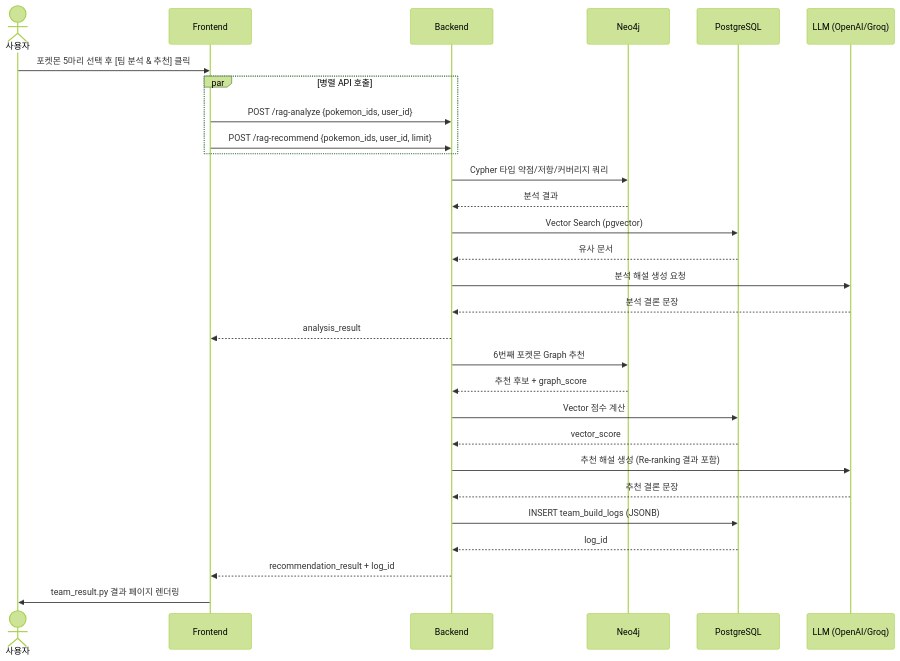
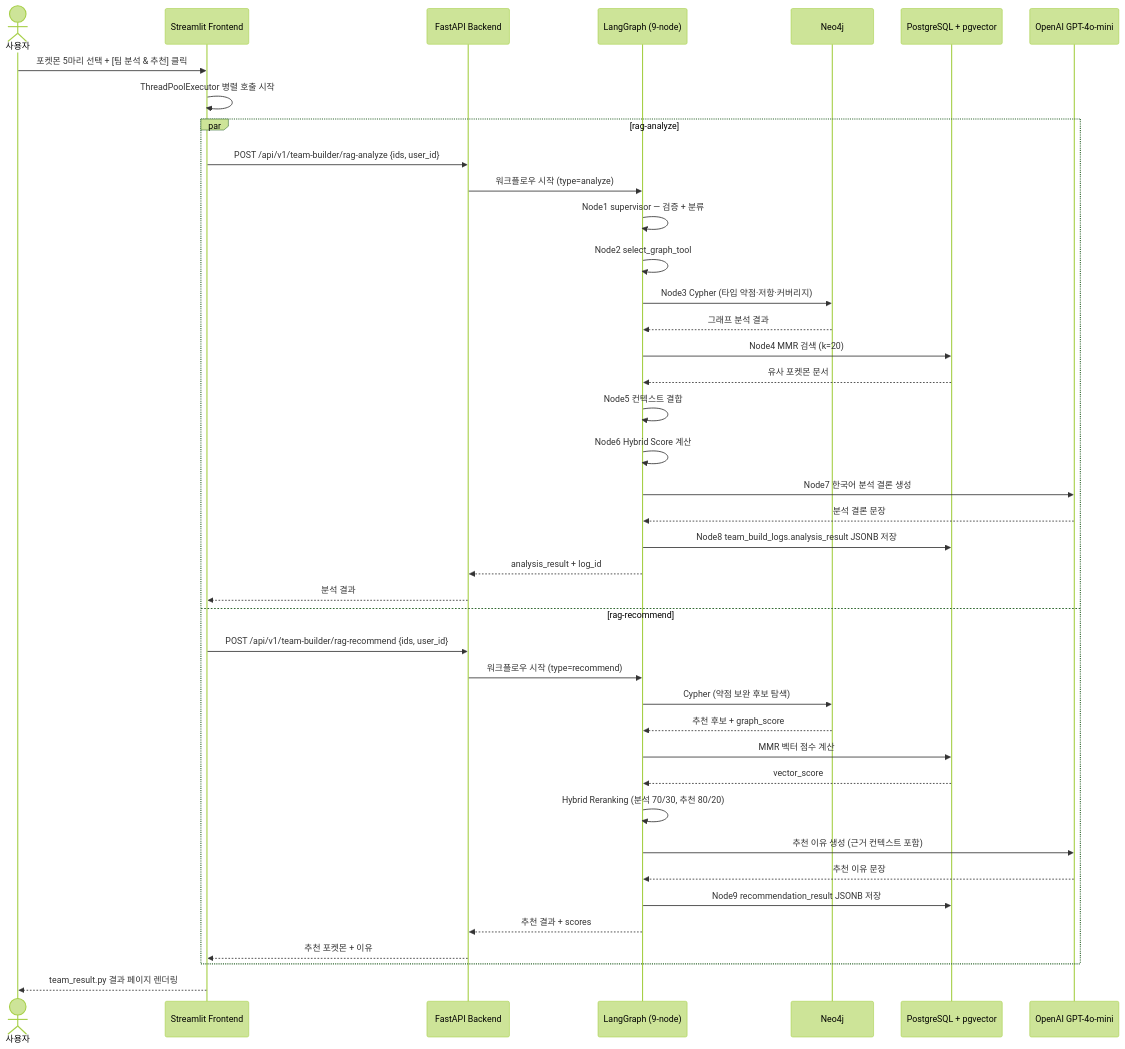
One commit to SKNETWORKS-FAMILY-AICAMP/SKN27-3rd-3TEAM changed the fifth of 7 diagrams in wiki/AI-Pipeline.md. Above: the diagram before and after it, drawn with Mermaid (forest theme). The commit also changed other lines of this file and 13 other files, not shown here.

````diff
--- a/wiki/AI-Pipeline.md
+++ b/wiki/AI-Pipeline.md
@@ -108,36 +310,46 @@
 ```mermaid
 sequenceDiagram
-    actor User as 사용자
-    participant FE as Frontend
-    participant BE as Backend
+    actor U as 사용자
+    participant FE as Streamlit Frontend
+    participant BE as FastAPI Backend
+    participant LG as LangGraph (9-node)
     participant Neo as Neo4j
-    participant PG as PostgreSQL
-    participant LLM as LLM (OpenAI/Groq)
+    participant PG as PostgreSQL + pgvector
+    participant LLM as OpenAI GPT-4o-mini
 
-    User->>FE: 포켓몬 5마리 선택 후 [팀 분석 & 추천] 클릭
+    U->>FE: 포켓몬 5마리 선택 + [팀 분석 & 추천] 클릭
+    FE->>FE: ThreadPoolExecutor 병렬 호출 시작
 
-    par 병렬 API 호출
-        FE->>BE: POST /rag-analyze {pokemon_ids, user_id}
-        FE->>BE: POST /rag-recommend {pokemon_ids, user_id, limit}
+    par rag-analyze
+        FE->>BE: POST /api/v1/team-builder/rag-analyze {ids, user_id}
+        BE->>LG: 워크플로우 시작 (type=analyze)
+        LG->>LG: Node1 supervisor — 검증 + 분류
+        LG->>LG: Node2 select_graph_tool
+        LG->>Neo: Node3 Cypher (타입 약점·저항·커버리지)
+        Neo-->>LG: 그래프 분석 결과
+        LG->>PG: Node4 MMR 검색 (k=20)
+        PG-->>LG: 유사 포켓몬 문서
+        LG->>LG: Node5 컨텍스트 결합
+        LG->>LG: Node6 Hybrid Score 계산
+        LG->>LLM: Node7 한국어 분석 결론 생성
+        LLM-->>LG: 분석 결론 문장
+        LG->>PG: Node8 team_build_logs.analysis_result JSONB 저장
+        LG-->>BE: analysis_result + log_id
+        BE-->>FE: 분석 결과
+    and rag-recommend
+        FE->>BE: POST /api/v1/team-builder/rag-recommend {ids, user_id}
+        BE->>LG: 워크플로우 시작 (type=recommend)
+        LG->>Neo: Cypher (약점 보완 후보 탐색)
+        Neo-->>LG: 추천 후보 + graph_score
+        LG->>PG: MMR 벡터 점수 계산
+        PG-->>LG: vector_score
+        LG->>LG: Hybrid Reranking (분석 70/30, 추천 80/20)
+        LG->>LLM: 추천 이유 생성 (근거 컨텍스트 포함)
+        LLM-->>LG: 추천 이유 문장
+        LG->>PG: Node9 recommendation_result JSONB 저장
+        LG-->>BE: 추천 결과 + scores
+        BE-->>FE: 추천 포켓몬 + 이유
     end
 
-    BE->>Neo: Cypher 타입 약점/저항/커버리지 쿼리
-    Neo-->>BE: 분석 결과
-    BE->>PG: Vector Search (pgvector)
-    PG-->>BE: 유사 문서
-    BE->>LLM: 분석 해설 생성 요청
-    LLM-->>BE: 분석 결론 문장
-    BE-->>FE: analysis_result
-
-    BE->>Neo: 6번째 포켓몬 Graph 추천
-    Neo-->>BE: 추천 후보 + graph_score
-    BE->>PG: Vector 점수 계산
-    PG-->>BE: vector_score
-    BE->>LLM: 추천 해설 생성 (Re-ranking 결과 포함)
-    LLM-->>BE: 추천 결론 문장
-    BE->>PG: INSERT team_build_logs (JSONB)
-    PG-->>BE: log_id
-    BE-->>FE: recommendation_result + log_id
-
-    FE->>User: team_result.py 결과 페이지 렌더링
+    FE-->>U: team_result.py 결과 페이지 렌더링
 ```
````
